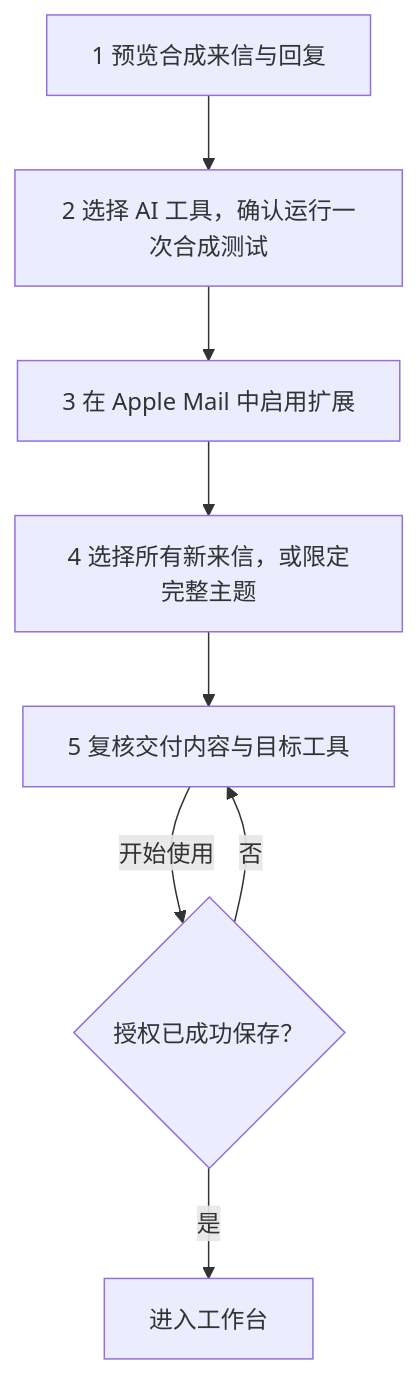
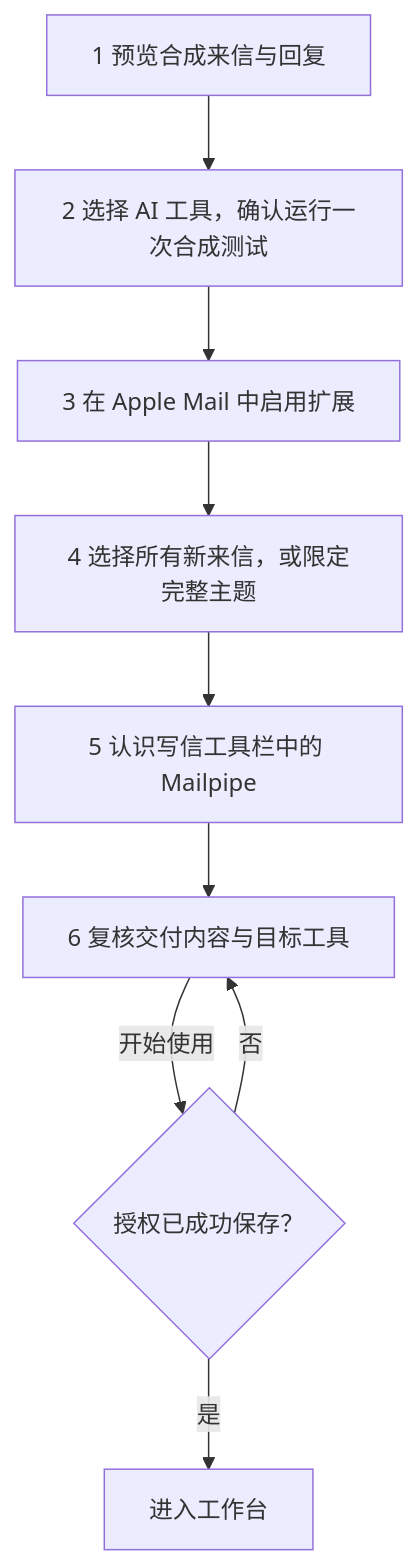
Before and after one commit to cobbcheng/Mailpipe: the diagram in docs/onboarding.md, drawn with Mermaid. The commit also changed other lines of this file and 6 other files, not shown here.

````diff
--- a/docs/onboarding.md
+++ b/docs/onboarding.md
@@ -99,10 +99,11 @@
 ```mermaid
 flowchart TD
   A["1 预览合成来信与回复"] --> B["2 选择 AI 工具，确认运行一次合成测试"]
   B --> C["3 在 Apple Mail 中启用扩展"]
   C --> D["4 选择所有新来信，或限定完整主题"]
-  D --> E["5 复核交付内容与目标工具"]
+  D --> T["5 认识写信工具栏中的 Mailpipe"]
+  T --> E["6 复核交付内容与目标工具"]
   E -- "开始使用" --> F{"授权已成功保存？"}
   F -- "是" --> G["进入工作台"]
   F -- "否" --> E
 ```
````
